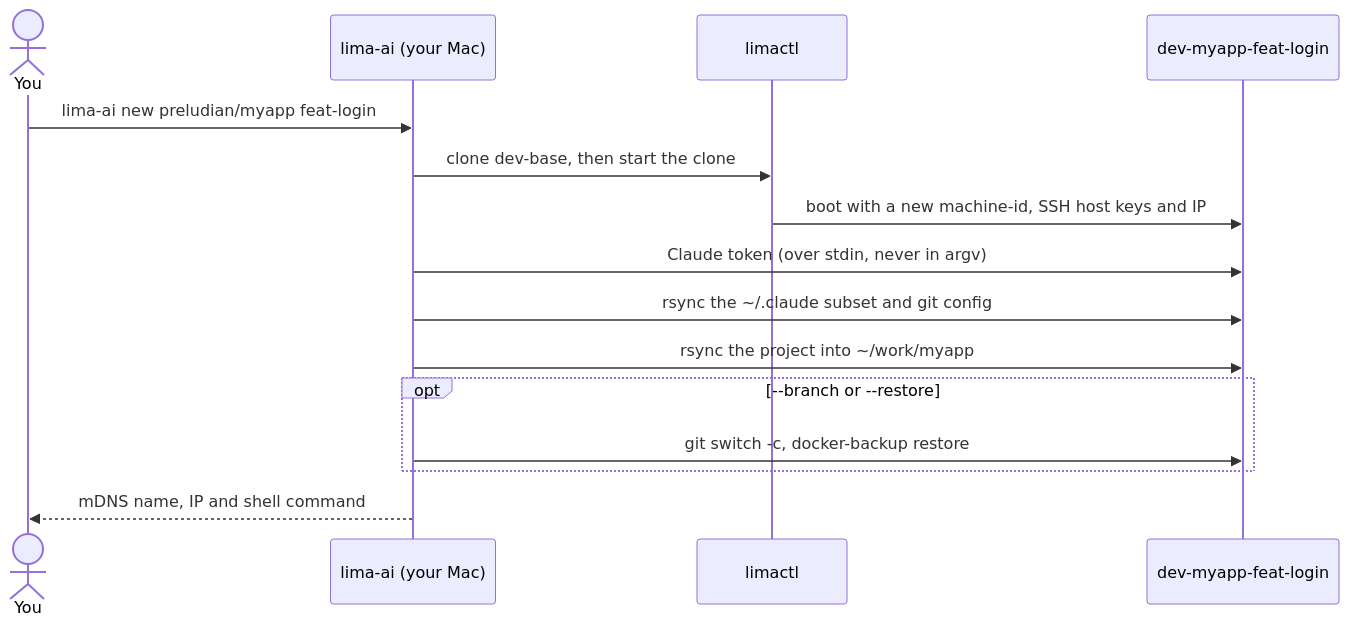
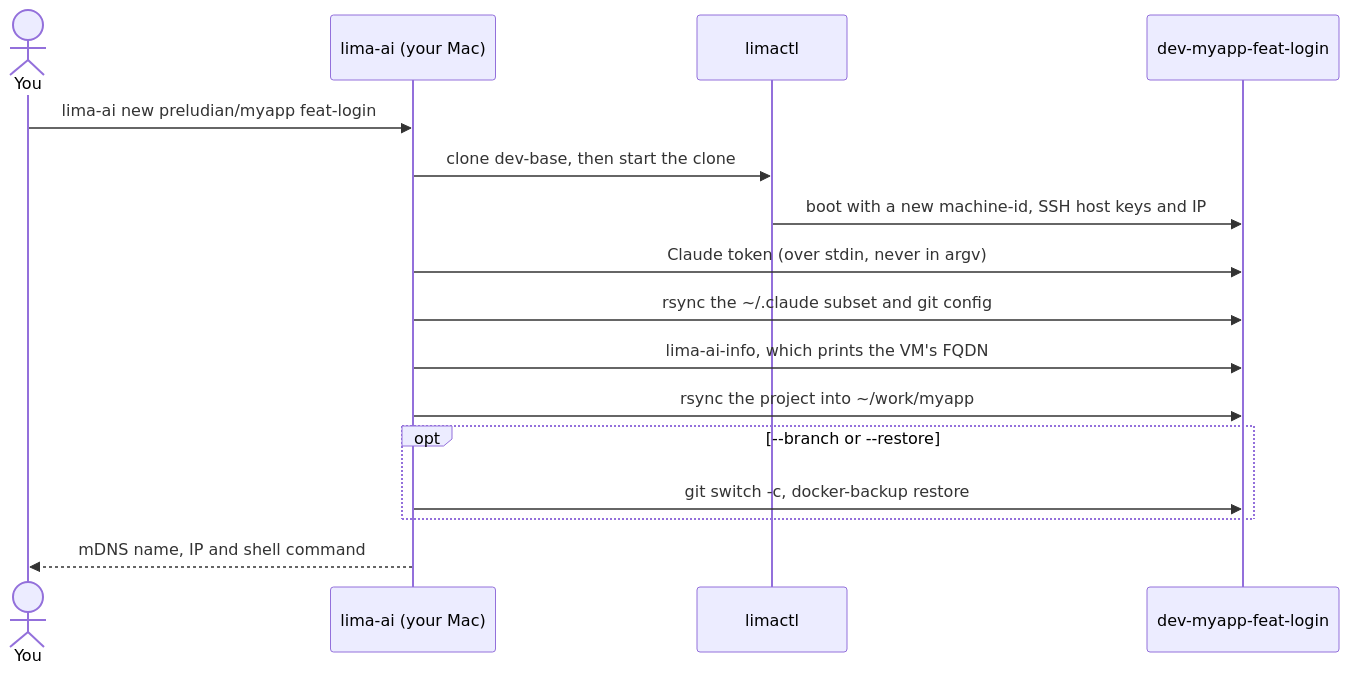
One commit to joepreludian/lima-ai changed the first of 3 diagrams in docs/manual/docs/index.md. Above: the diagram before and after it, drawn with Mermaid. The commit also changed 7 other files, not shown here.

First line of the commit message:
feat: install lima-ai-info in every VM to print its FQDN

````diff
--- a/docs/manual/docs/index.md
+++ b/docs/manual/docs/index.md
@@ -28,18 +28,19 @@
 ```mermaid
 sequenceDiagram
     actor You
     participant CLI as lima-ai (your Mac)
     participant Lima as limactl
     participant VM as dev-myapp-feat-login
 
     You->>CLI: lima-ai new preludian/myapp feat-login
     CLI->>Lima: clone dev-base, then start the clone
     Lima->>VM: boot with a new machine-id, SSH host keys and IP
     CLI->>VM: Claude token (over stdin, never in argv)
     CLI->>VM: rsync the ~/.claude subset and git config
+    CLI->>VM: lima-ai-info, which prints the VM's FQDN
     CLI->>VM: rsync the project into ~/work/myapp
     opt --branch or --restore
         CLI->>VM: git switch -c, docker-backup restore
     end
     CLI-->>You: mDNS name, IP and shell command
 ```
````
